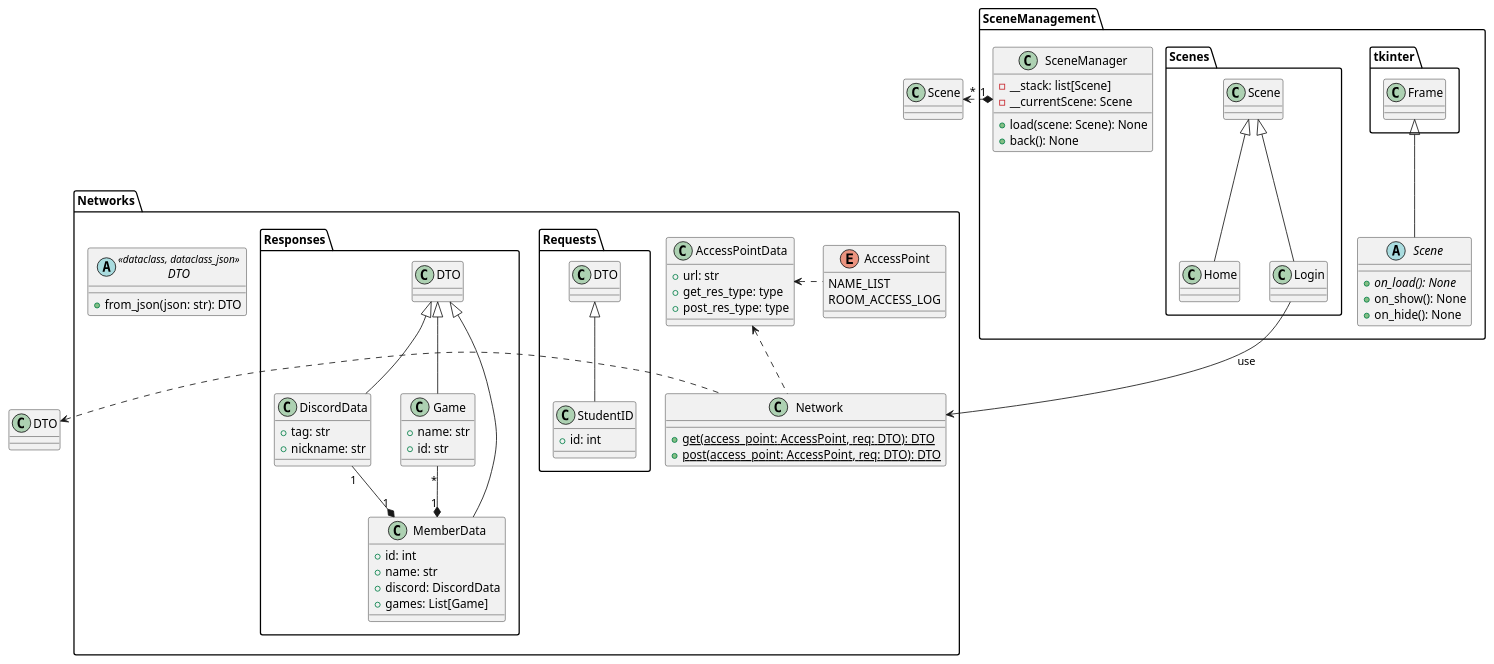
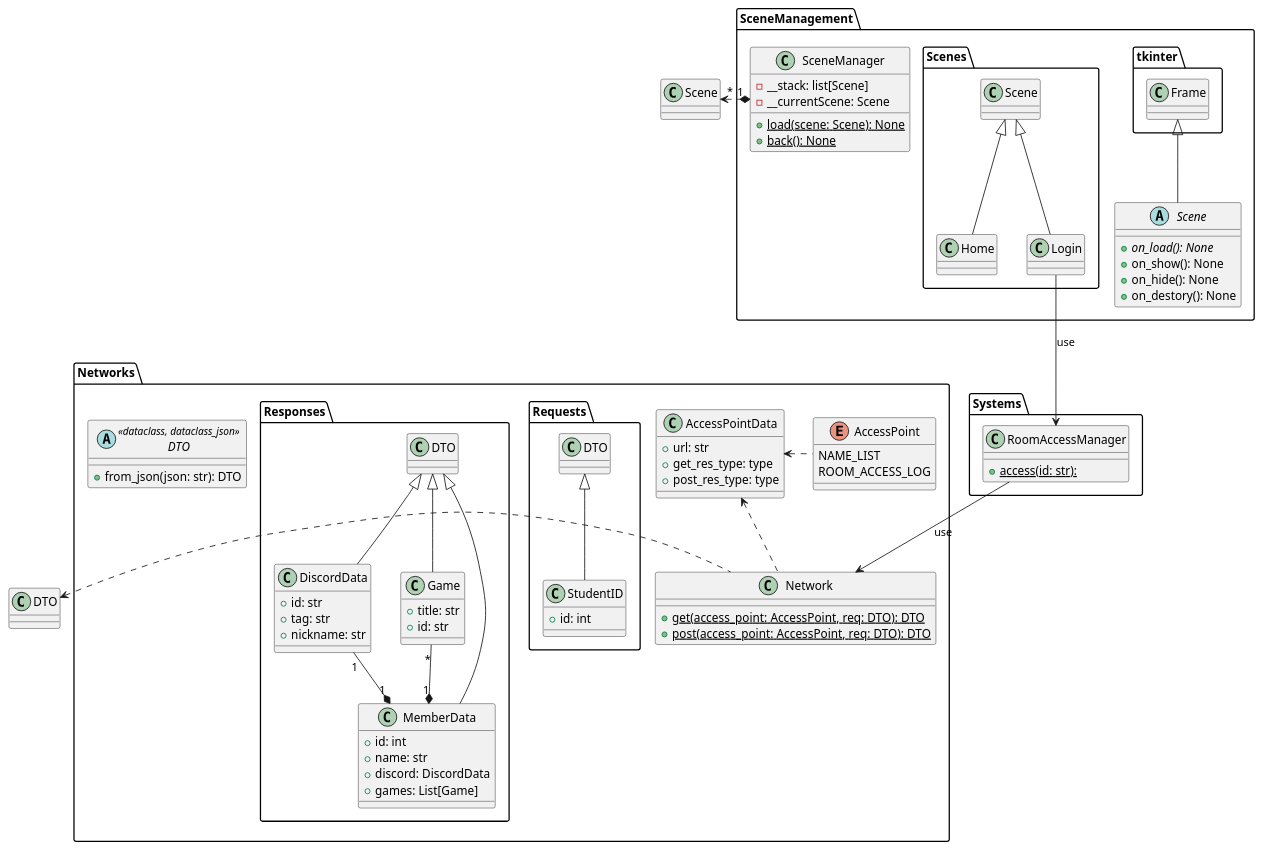
One commit to nmskm240/NITeRAS changed the diagram in UMLs/Class Diagrams/All.pu. Above: the diagram before and after it, drawn with PlantUML. The commit also changed 1 other file, not shown here.

Commit message:
update diagram

```diff
--- a/UMLs/Class Diagrams/All.pu
+++ b/UMLs/Class Diagrams/All.pu
@@ -1,96 +1,106 @@
 @startuml AllClass
 
 package Networks
 {
     enum AccessPoint
     {
         NAME_LIST
         ROOM_ACCESS_LOG
     }
 
     class AccessPointData
     {
         +url: str
         +get_res_type: type
         +post_res_type: type
     }
 
     abstract DTO<<dataclass, dataclass_json>>
     {
         +from_json(json: str): DTO
     }
 
     class Network
     {
         +{static}get(access_point: AccessPoint, req: DTO): DTO
         +{static}post(access_point: AccessPoint, req: DTO): DTO
     }
 
     package Requests
     {
         class StudentID extends DTO
         {
             +id: int
         }
     }
 
     package Responses
     {
         class DiscordData extends DTO
         {
+            +id: str
             +tag: str
             +nickname: str
         }
 
         class Game extends DTO
         {
-            +name: str
+            +title: str
             +id: str
         }
 
         class MemberData extends DTO
         {
             +id: int
             +name: str
             +discord: DiscordData
             +games: List[Game]
         }
     }
 }
 
 package SceneManagement
 {
     class SceneManager
     {
         -__stack: list[Scene]
         -__currentScene: Scene
-        +load(scene: Scene): None
-        +back(): None
+        +{static}load(scene: Scene): None
+        +{static}back(): None
     }
 
     abstract Scene extends tkinter.Frame
     {
         +{abstract}on_load(): None
         +on_show(): None
         +on_hide(): None
+        +on_destory(): None
     }
 
     package Scenes
     {
         class Home extends Scene
         class Login extends Scene
+    }
+}
+package Systems
+{
+    class RoomAccessManager
+    {
+        +{static}access(id: str): 
     }
 }
 
 Network .left.> DTO
 Network .up.> AccessPointData
 AccessPoint .left.> AccessPointData
 
 SceneManager "1" *.left.> "*" Scene
 
 Game "*" --* "1" MemberData
 DiscordData "1" --* "1" MemberData
 
-Login --> Network : use
+Login --> RoomAccessManager : use
+RoomAccessManager --> Network : use
 
 @enduml
```
